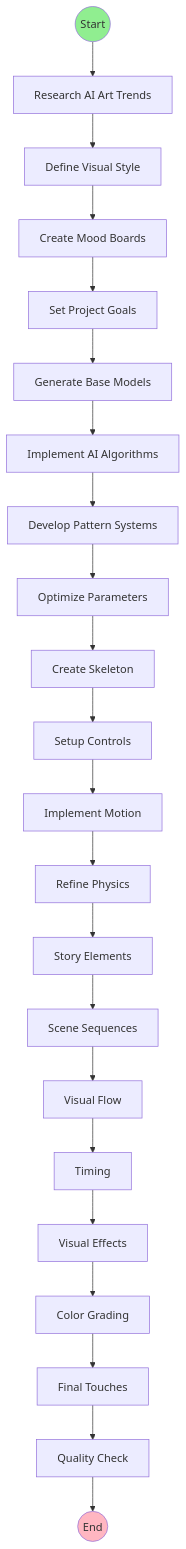
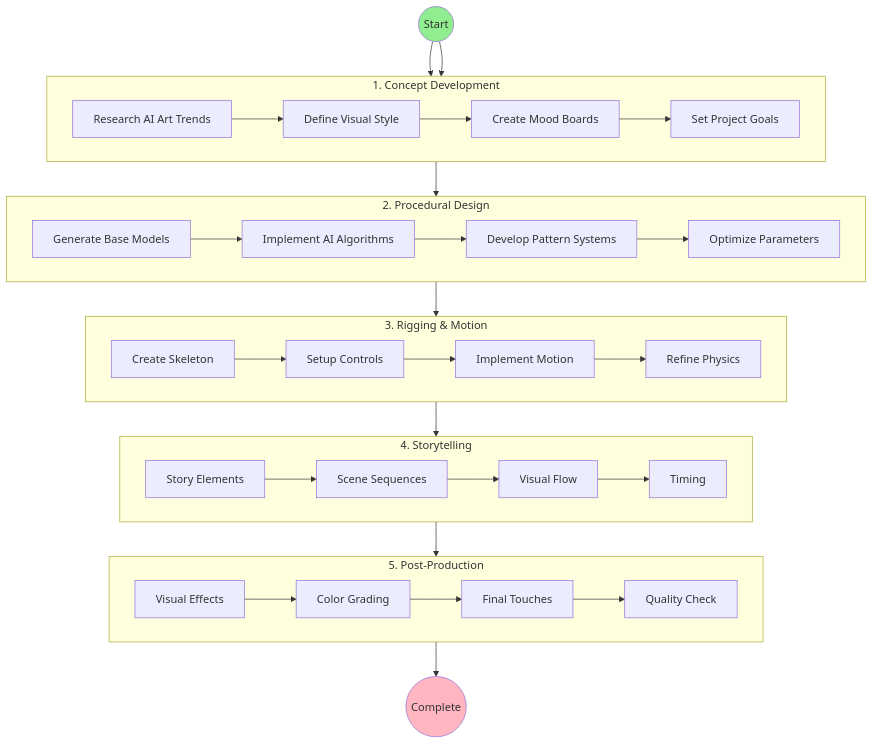
The diagram in assets/assets.md (lionbrush/3d-ai), drawn with Mermaid before and after one commit.

````diff
--- a/assets/assets.md
+++ b/assets/assets.md
@@ -3,31 +3,44 @@
 ```mermaid
 graph TD
-    S((Start))-->A1
-    A1[Research AI Art Trends]-->A2
-    A2[Define Visual Style]-->A3
-    A3[Create Mood Boards]-->A4
-    A4[Set Project Goals]-->B1
-    
-    B1[Generate Base Models]-->B2
-    B2[Implement AI Algorithms]-->B3
-    B3[Develop Pattern Systems]-->B4
-    B4[Optimize Parameters]-->C1
-    
-    C1[Create Skeleton]-->C2
-    C2[Setup Controls]-->C3
-    C3[Implement Motion]-->C4
-    C4[Refine Physics]-->D1
-    
-    D1[Story Elements]-->D2
-    D2[Scene Sequences]-->D3
-    D3[Visual Flow]-->D4
-    D4[Timing]-->E1
-    
-    E1[Visual Effects]-->E2
-    E2[Color Grading]-->E3
-    E3[Final Touches]-->E4
-    E4[Quality Check]-->F((End))
-    
-    style S fill:#90EE90
-    style F fill:#FFB6C1
+    Start((Start)) --> Concept
+
+    subgraph Concept["1. Concept Development"]
+        A1[Research AI Art Trends] --> A2[Define Visual Style]
+        A2 --> A3[Create Mood Boards]
+        A3 --> A4[Set Project Goals]
+    end
+
+    subgraph Procedural["2. Procedural Design"]
+        B1[Generate Base Models] --> B2[Implement AI Algorithms]
+        B2 --> B3[Develop Pattern Systems]
+        B3 --> B4[Optimize Parameters]
+    end
+
+    subgraph Rigging["3. Rigging & Motion"]
+        C1[Create Skeleton] --> C2[Setup Controls]
+        C2 --> C3[Implement Motion]
+        C3 --> C4[Refine Physics]
+    end
+
+    subgraph Narrative["4. Storytelling"]
+        D1[Story Elements] --> D2[Scene Sequences]
+        D2 --> D3[Visual Flow]
+        D3 --> D4[Timing]
+    end
+
+    subgraph PostFX["5. Post-Production"]
+        E1[Visual Effects] --> E2[Color Grading]
+        E2 --> E3[Final Touches]
+        E3 --> E4[Quality Check]
+    end
+
+    Start --> Concept
+    Concept --> Procedural
+    Procedural --> Rigging
+    Rigging --> Narrative
+    Narrative --> PostFX
+    PostFX --> End((Complete))
+
+    style Start fill:#90EE90
+    style End fill:#FFB6C1
 ```
````
